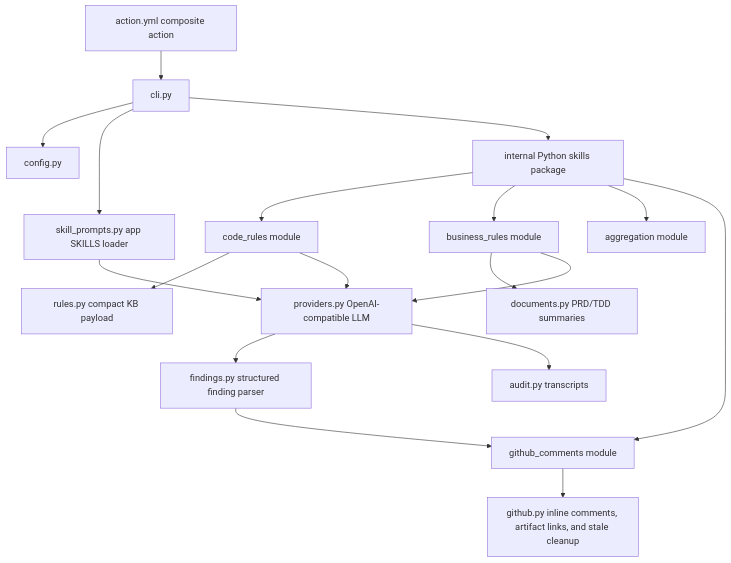
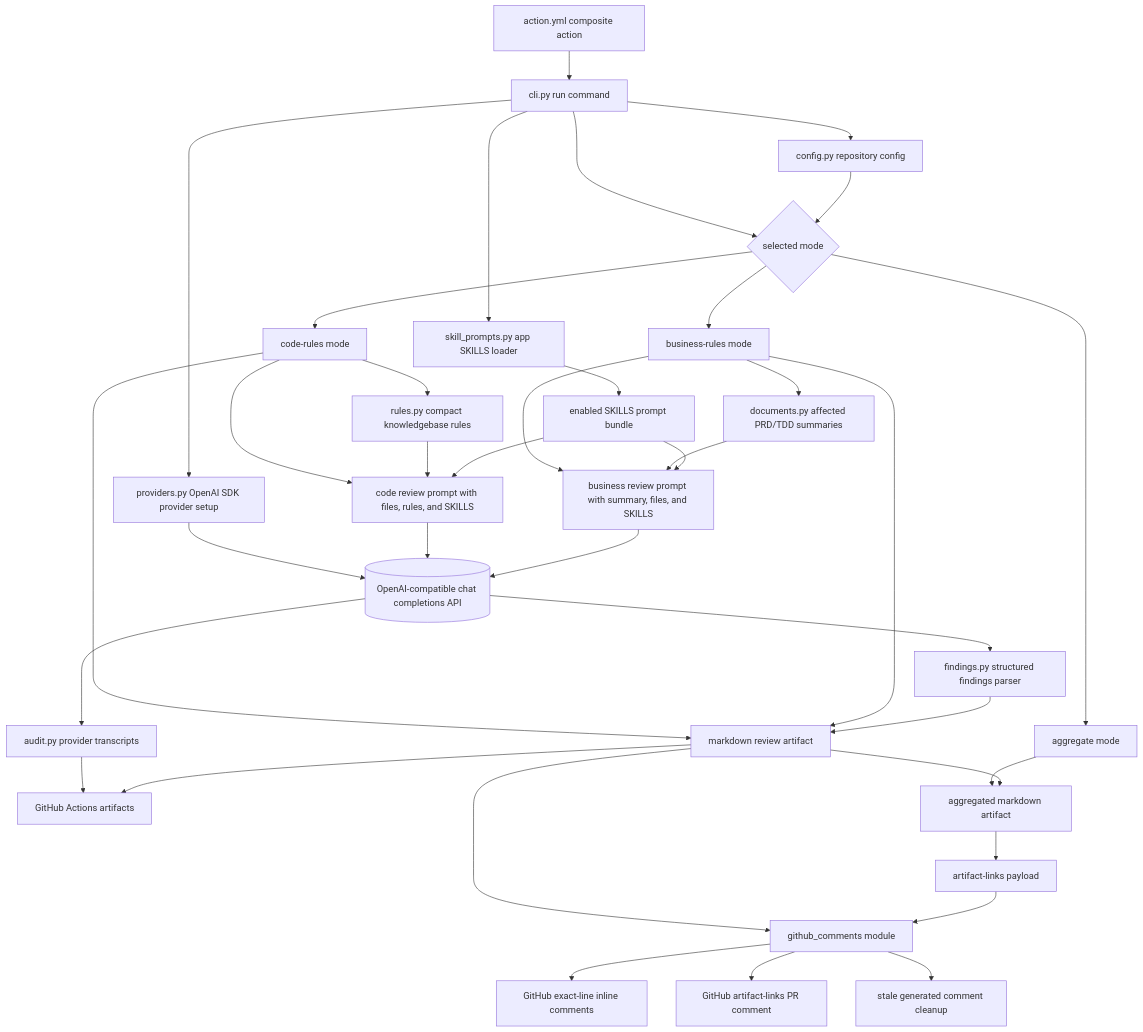
Before and after one commit to laughingkid-sg/code-review-agent: the first of 2 diagrams in README.md, drawn with Mermaid. The commit also changed other lines of this file and 2 other files, not shown here.

````diff
--- a/README.md
+++ b/README.md
@@ -24,20 +33,48 @@
 ```mermaid
 flowchart TD
-  Action[action.yml composite action] --> CLI[cli.py]
-  CLI --> Config[config.py]
-  CLI --> AppSkills[skill_prompts.py app SKILLS loader]
-  CLI --> Skills[internal Python skills package]
-  Skills --> CodeSkill[code_rules module]
-  Skills --> BizSkill[business_rules module]
-  Skills --> AggSkill[aggregation module]
-  Skills --> CommentSkill[github_comments module]
-  CodeSkill --> Rules[rules.py compact KB payload]
-  BizSkill --> Docs[documents.py PRD/TDD summaries]
-  AppSkills --> Provider
-  CodeSkill --> Provider[providers.py OpenAI-compatible LLM]
-  BizSkill --> Provider
-  Provider --> Findings[findings.py structured finding parser]
-  Findings --> CommentSkill
-  CommentSkill --> GitHub[github.py inline comments, artifact links, and stale cleanup]
-  Provider --> Audit[audit.py transcripts]
+  Action[action.yml composite action] --> CLI[cli.py run command]
+
+  CLI --> Config[config.py repository config]
+  CLI --> SkillLoader[skill_prompts.py app SKILLS loader]
+  CLI --> ProviderSetup[providers.py OpenAI SDK provider setup]
+  CLI --> Dispatch{selected mode}
+
+  Config --> Dispatch
+  SkillLoader --> PromptBundle[enabled SKILLS prompt bundle]
+  ProviderSetup --> Provider[(OpenAI-compatible chat completions API)]
+
+  Dispatch --> CodeMode[code-rules mode]
+  Dispatch --> BusinessMode[business-rules mode]
+  Dispatch --> AggregateMode[aggregate mode]
+
+  CodeMode --> Rules[rules.py compact knowledgebase rules]
+  CodeMode --> CodePrompt[code review prompt with files, rules, and SKILLS]
+  Rules --> CodePrompt
+  PromptBundle --> CodePrompt
+  CodePrompt --> Provider
+
+  BusinessMode --> Docs[documents.py affected PRD/TDD summaries]
+  BusinessMode --> BusinessPrompt[business review prompt with summary, files, and SKILLS]
+  Docs --> BusinessPrompt
+  PromptBundle --> BusinessPrompt
+  BusinessPrompt --> Provider
+
+  Provider --> Findings[findings.py structured findings parser]
+  Provider --> Audit[audit.py provider transcripts]
+
+  CodeMode --> ReviewArtifact[markdown review artifact]
+  BusinessMode --> ReviewArtifact
+  Findings --> ReviewArtifact
+  Audit --> CIArtifacts[GitHub Actions artifacts]
+  ReviewArtifact --> CIArtifacts
+
+  AggregateMode --> AggregateArtifact[aggregated markdown artifact]
+  ReviewArtifact --> AggregateArtifact
+  AggregateArtifact --> ArtifactLinks[artifact-links payload]
+
+  ReviewArtifact --> CommentPublisher[github_comments module]
+  ArtifactLinks --> CommentPublisher
+  CommentPublisher --> GitHubInline[GitHub exact-line inline comments]
+  CommentPublisher --> GitHubArtifactComment[GitHub artifact-links PR comment]
+  CommentPublisher --> GitHubCleanup[stale generated comment cleanup]
 ```
````
